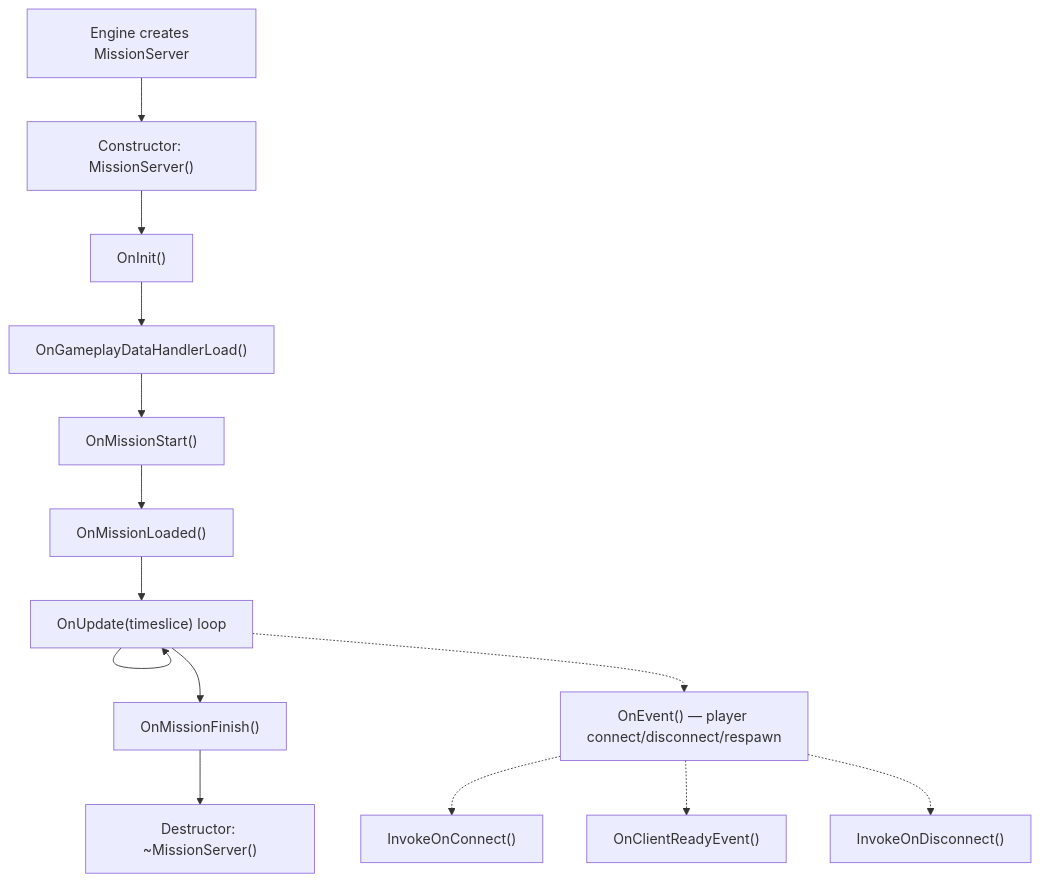
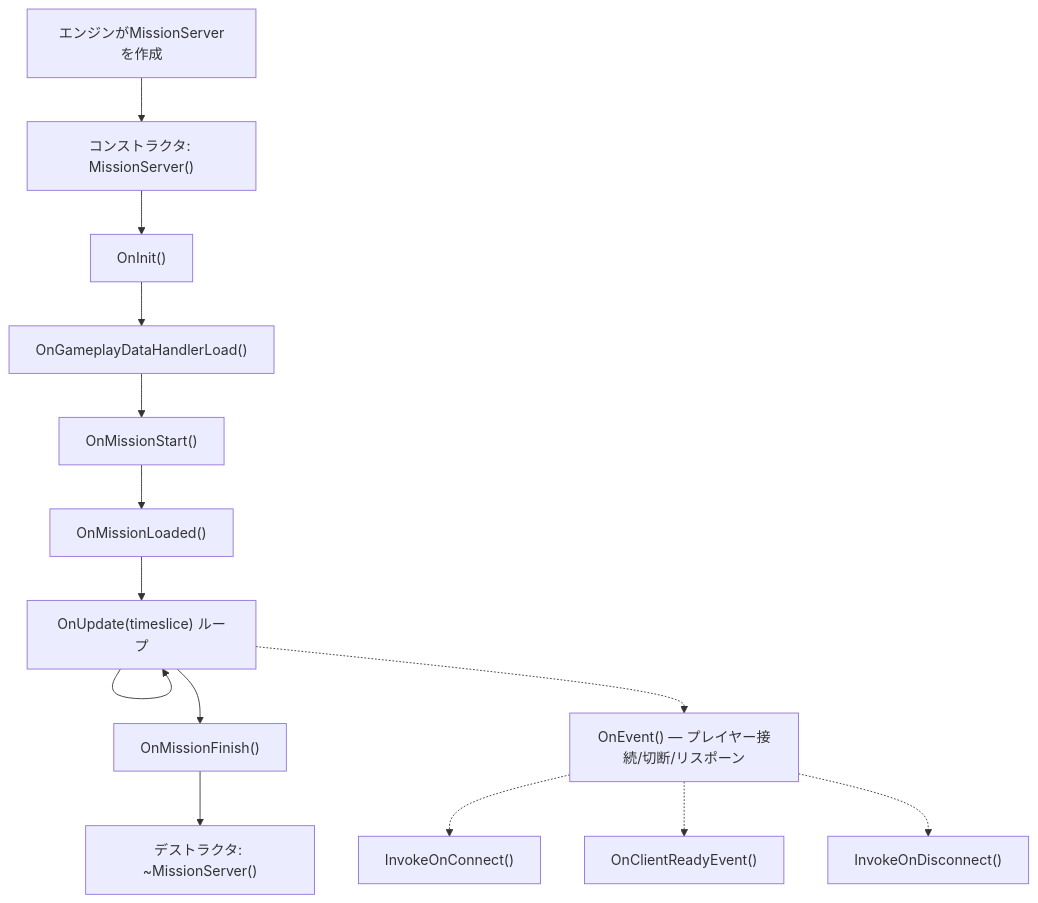
The first of 5 diagrams in ja/06-engine-api/11-mission-hooks.md (StarDZ-Team/DayZ-Modding-Wiki), drawn with Mermaid before and after one commit. The commit also changed other lines of this file and 6 other files, not shown here.

````diff
--- a/ja/06-engine-api/11-mission-hooks.md
+++ b/ja/06-engine-api/11-mission-hooks.md
@@ -36,17 +36,17 @@
 ```mermaid
 flowchart TD
-    A["Engine creates MissionServer"] --> B["Constructor: MissionServer()"]
+    A["エンジンがMissionServerを作成"] --> B["コンストラクタ: MissionServer()"]
     B --> C["OnInit()"]
     C --> D["OnGameplayDataHandlerLoad()"]
     D --> E["OnMissionStart()"]
     E --> F["OnMissionLoaded()"]
-    F --> G["OnUpdate(timeslice) loop"]
+    F --> G["OnUpdate(timeslice) ループ"]
     G --> G
     G --> H["OnMissionFinish()"]
-    H --> I["Destructor: ~MissionServer()"]
+    H --> I["デストラクタ: ~MissionServer()"]
 
-    G -.-> J["OnEvent() — player connect/disconnect/respawn"]
+    G -.-> J["OnEvent() — プレイヤー接続/切断/リスポーン"]
     J -.-> K["InvokeOnConnect()"]
     J -.-> L["OnClientReadyEvent()"]
     J -.-> M["InvokeOnDisconnect()"]
 ```
````
